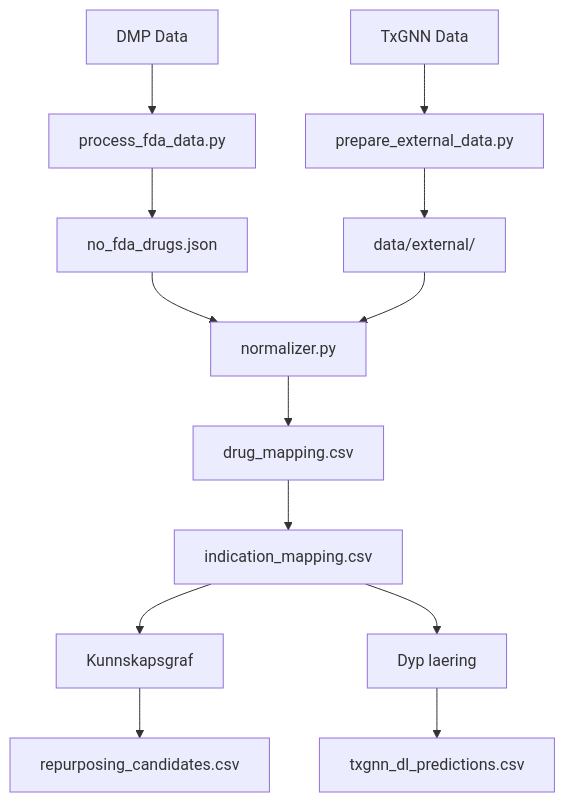
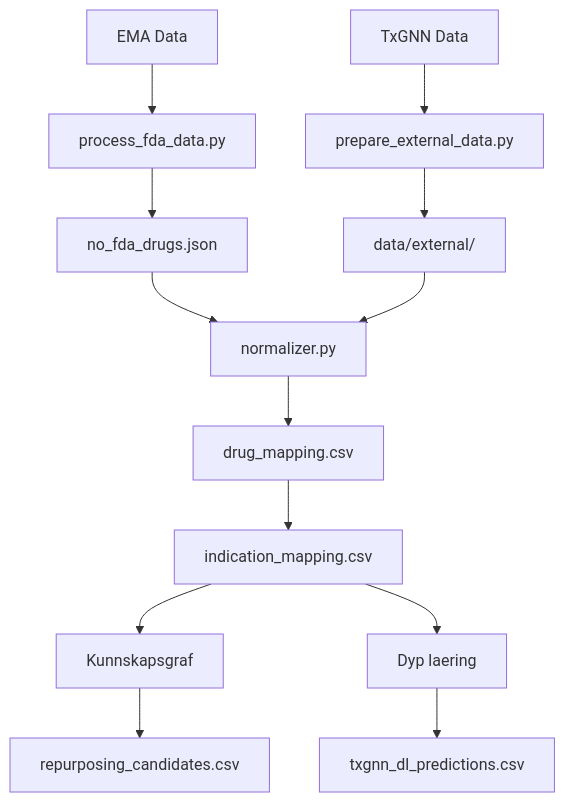
Before and after one commit to yao-care/NOTxGNN: the second of 2 diagrams in README.md, drawn with Mermaid. The commit also changed other lines of this file and 3 other files, not shown here.

First line of the commit message:
其餘資料來源描述改寫實際資料集：DMP → EMA Medicines report

````diff
--- a/README.md
+++ b/README.md
@@ -303,20 +303,20 @@
 ```mermaid
 flowchart TD
-    FDA["DMP Data"] --> proc["process_fda_data.py"]
+    FDA["EMA Data"] --> proc["process_fda_data.py"]
     TxGNN["TxGNN Data"] --> prep["prepare_external_data.py"]
 
     proc --> json["no_fda_drugs.json"]
     prep --> ext["data/external/"]
 
     json --> norm["normalizer.py"]
     ext --> norm
 
     norm --> drug_map["drug_mapping.csv"]
     drug_map --> ind_map["indication_mapping.csv"]
 
     ind_map --> KG["Kunnskapsgraf"]
     ind_map --> DL["Dyp laering"]
 
     KG --> kg_out["repurposing_candidates.csv"]
     DL --> dl_out["txgnn_dl_predictions.csv"]
 ```
````
